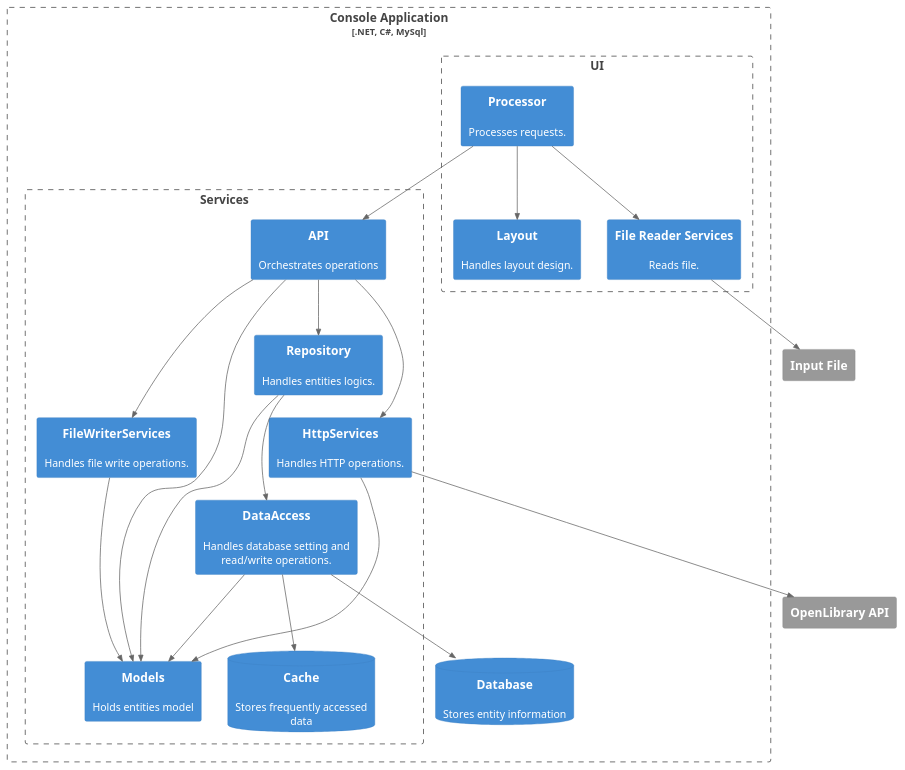
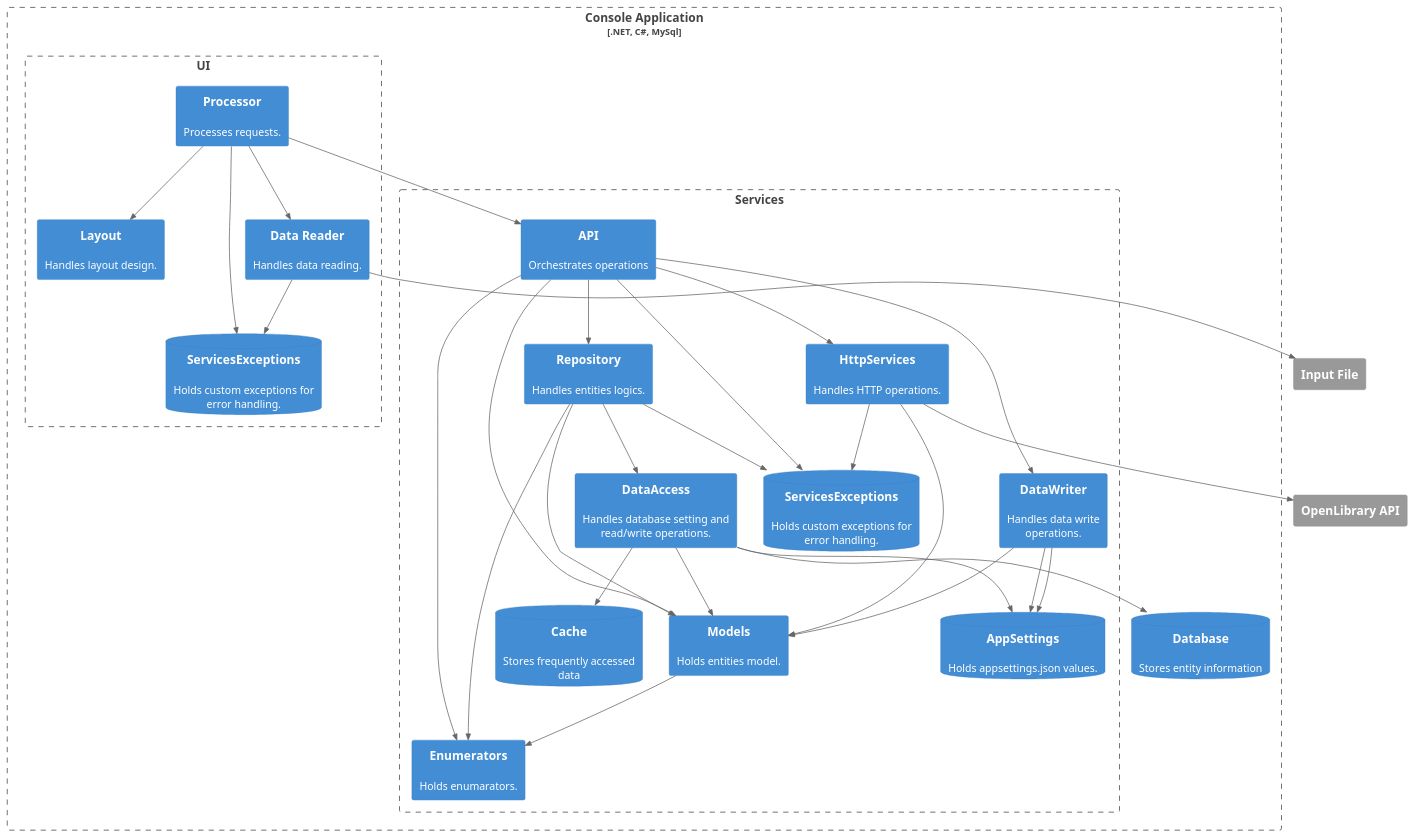
One commit to henriqueweege/BiblioFetch changed the diagram in ArchitectureScheme/3-BiblioFetch.puml. Above: the diagram before and after it, drawn with PlantUML. The commit also changed 53 other files, not shown here.

```diff
--- a/ArchitectureScheme/3-BiblioFetch.puml
+++ b/ArchitectureScheme/3-BiblioFetch.puml
@@ -1,50 +1,66 @@
 @startuml C4_Elements
 !include https://raw.githubusercontent.com/plantuml-stdlib/C4-PlantUML/master/C4_Container.puml
 HIDE_STEREOTYPE()
 
 Boundary(App, "Console Application", ".NET, C#, MySql"){
     
     Boundary(UI, "UI", ""){
         Container(Processor, "Processor", "", "Processes requests.") 
         Container(Layout, "Layout", "", "Handles layout design.")    
-        Container(FileReader, "File Reader Services", "", "Reads file.")    
+        Container(DataReader, "Data Reader", "", "Handles data reading.")
+        ContainerDb(UIExceptions, "ServicesExceptions", "", "Holds custom exceptions for error handling.")
+
     }
     
     
     Boundary(Services, "Services",""){
         
         
         Container(Api, "API", "", "Orchestrates operations")
-        Container(Models, "Models", "", "Holds entities model")
+        Container(Models, "Models", "", "Holds entities model.")
+        Container(Enums, "Enumerators", "", "Holds enumarators.")
         Container(Repository, "Repository", "", "Handles entities logics.")
         Container(DataAccess, "DataAccess", "", "Handles database setting and read/write operations.")
         Container(HttpServices, "HttpServices", "", "Handles HTTP operations.")
-        Container(FileWriterServices, "FileWriterServices", "", "Handles file write operations.")
+        Container(DataWriter, "DataWriter", "", "Handles data write operations.")
         ContainerDb(Cache, "Cache", "", "Stores frequently accessed data")
+        ContainerDb(AppSettings, "AppSettings", "", "Holds appsettings.json values.")
+        ContainerDb(ServicesExceptions, "ServicesExceptions", "", "Holds custom exceptions for error handling.")
     
     }
 
     ContainerDb(Database, "Database", "", "Stores entity information")
 }
 
 System_Ext(OpenLibrary, "OpenLibrary API", "")
 System_Ext(ExternalFile, "Input File", "")
 
 Rel(Processor, Layout, "")
+Rel(Processor, UIExceptions, "")
+Rel(DataReader, UIExceptions, "")
 Rel(Processor, Api, "")
-Rel(Processor, FileReader, "")
+Rel(Processor, DataReader, "")
 Rel(Api, HttpServices, "")
-Rel(Api, FileWriterServices, "")
+Rel(Api, DataWriter, "")
 Rel(Api, Repository, "")
 Rel(Api, Models, "")
+Rel(Models, Enums, "")
+Rel(Api, Enums, "")
+Rel(Api, ServicesExceptions, "")
+Rel(HttpServices, ServicesExceptions, "")
+Rel(Repository, ServicesExceptions, "")
+Rel(Repository, Enums, "")
 Rel(Repository, Models, "")
-Rel(FileWriterServices, Models, "")
+Rel(DataWriter, Models, "")
+Rel(DataWriter, AppSettings, "")
+Rel(DataAccess, AppSettings, "")
+Rel(DataWriter, AppSettings, "")
 Rel(HttpServices, Models, "")
 Rel(HttpServices, OpenLibrary, "")
 Rel(Repository, DataAccess, "")
 Rel(DataAccess, Cache, "")
 Rel(DataAccess, Database, "")
 Rel(DataAccess, Models, "")
-Rel(FileReader, ExternalFile, "")
+Rel(DataReader, ExternalFile, "")
 
 @enduml
```
